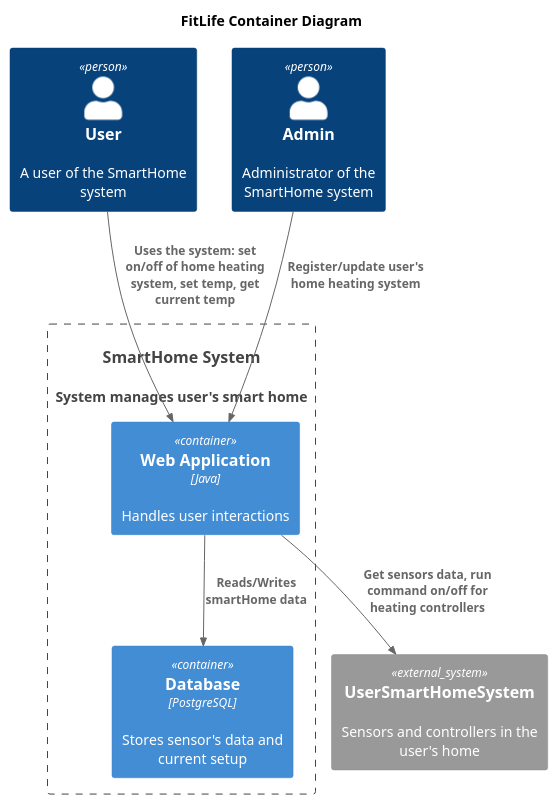
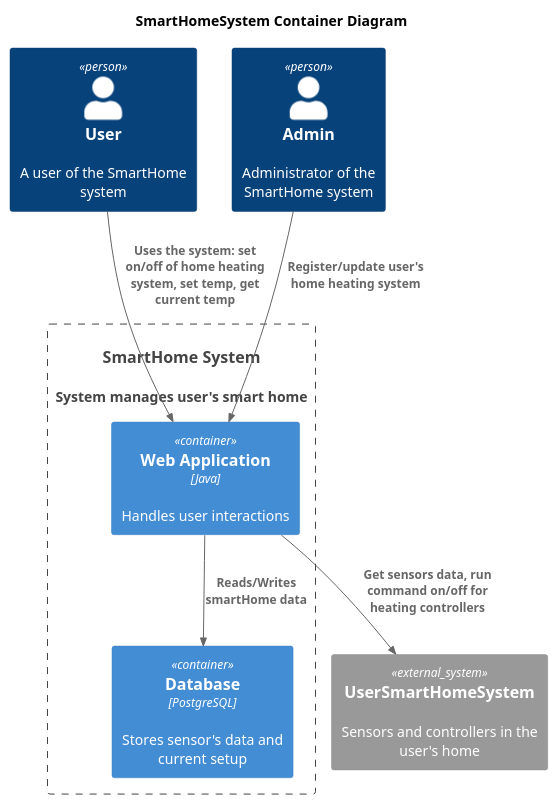
Before and after one commit to misikch/ya-practicum-arch-sprint-3: the diagram in docs/asis/Container.puml, drawn with PlantUML. The commit also changed 11 other files, not shown here.

Commit message:
rename title, update tobe diagrams

```diff
--- a/docs/asis/Container.puml
+++ b/docs/asis/Container.puml
@@ -1,23 +1,23 @@
 @startuml
-title FitLife Container Diagram
+title SmartHomeSystem Container Diagram
 
 top to bottom direction
 
 !include ./C4_Container.puml
 
 Person(user, "User", "A user of the SmartHome system")
 Person(admin, "Admin", "Administrator of the SmartHome system")
 System(SmartHomeSystem, "SmartHome System", "System manages user's smart home")
 
 Container_Boundary(SmartHomeSystem, "SmartHome System") {
   Container(WebApp, "Web Application", "Java", "Handles user interactions")
   Container(Database, "Database", "PostgreSQL", "Stores sensor's data and current setup")
 }
 
 System_Ext(usersHome, "UserSmartHomeSystem", "Sensors and controllers in the user's home")
 
 Rel(user, WebApp, "Uses the system: set on/off of home heating system, set temp, get current temp")
 Rel(admin, WebApp,"Register/update user's home heating system")
 Rel(WebApp,Database,"Reads/Writes smartHome data")
 Rel(WebApp,usersHome,"Get sensors data, run command on/off for heating controllers")
 @enduml
```
